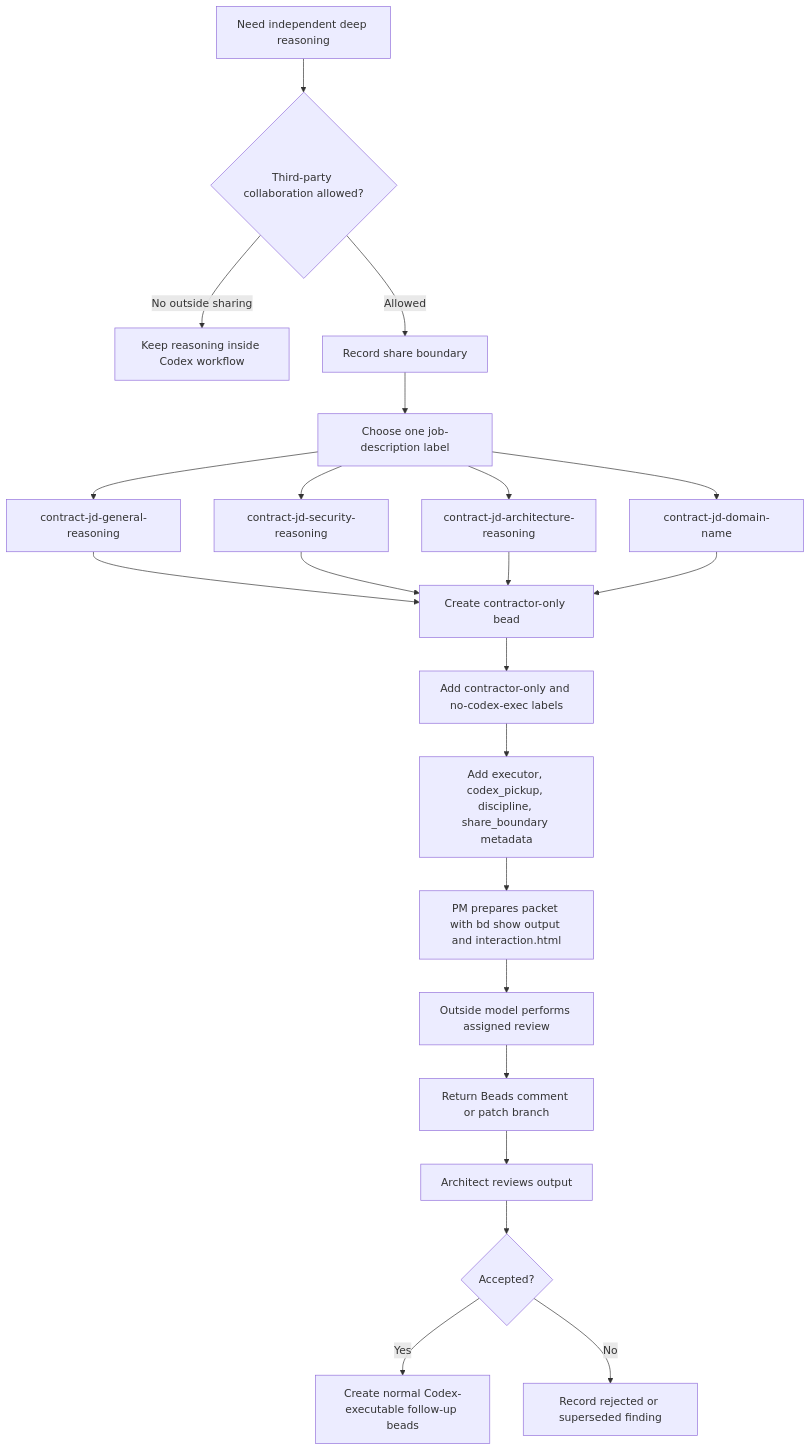
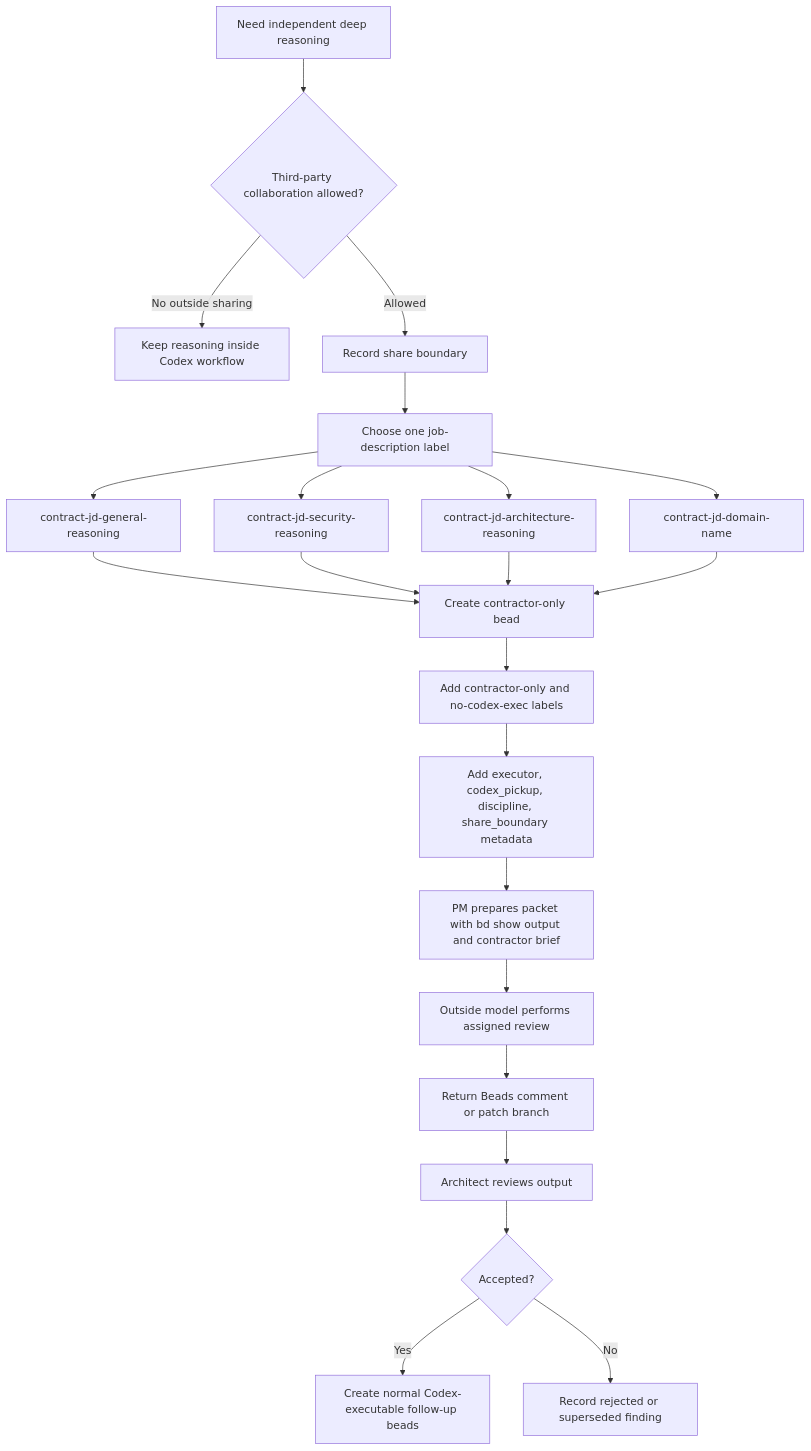
One commit to gprocunier/complex-work-orchestration changed the third of 4 diagrams in README.md. Above: the diagram before and after it, drawn with Mermaid. The commit also changed other lines of this file and 6 other files, not shown here.

Commit message:
Collapse HTML assets into contractor brief

````diff
--- a/README.md
+++ b/README.md
@@ -118,27 +118,27 @@
 ```mermaid
 flowchart TD
     Need[Need independent deep reasoning] --> OptIn{Third-party collaboration allowed?}
     OptIn -->|No outside sharing| Internal[Keep reasoning inside Codex workflow]
     OptIn -->|Allowed| Boundary[Record share boundary]
 
     Boundary --> JD[Choose one job-description label]
     JD --> General[contract-jd-general-reasoning]
     JD --> Security[contract-jd-security-reasoning]
     JD --> Architecture[contract-jd-architecture-reasoning]
     JD --> Specialist[contract-jd-domain-name]
 
     General --> Create[Create contractor-only bead]
     Security --> Create
     Architecture --> Create
     Specialist --> Create
 
     Create --> Guard[Add contractor-only and no-codex-exec labels]
     Guard --> Metadata[Add executor, codex_pickup, discipline, share_boundary metadata]
-    Metadata --> PMPacket[PM prepares packet with bd show output and interaction.html]
+    Metadata --> PMPacket[PM prepares packet with bd show output and contractor brief]
     PMPacket --> Outside[Outside model performs assigned review]
     Outside --> Return[Return Beads comment or patch branch]
     Return --> Architect[Architect reviews output]
     Architect --> Accepted{Accepted?}
     Accepted -->|Yes| Followup[Create normal Codex-executable follow-up beads]
     Accepted -->|No| CloseLoop[Record rejected or superseded finding]
 ```
````
